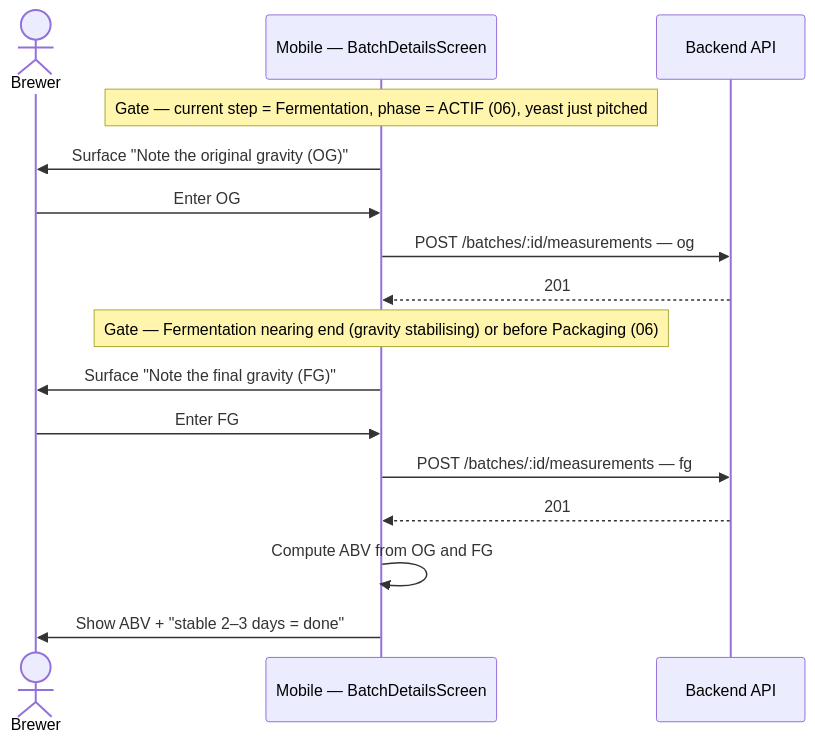
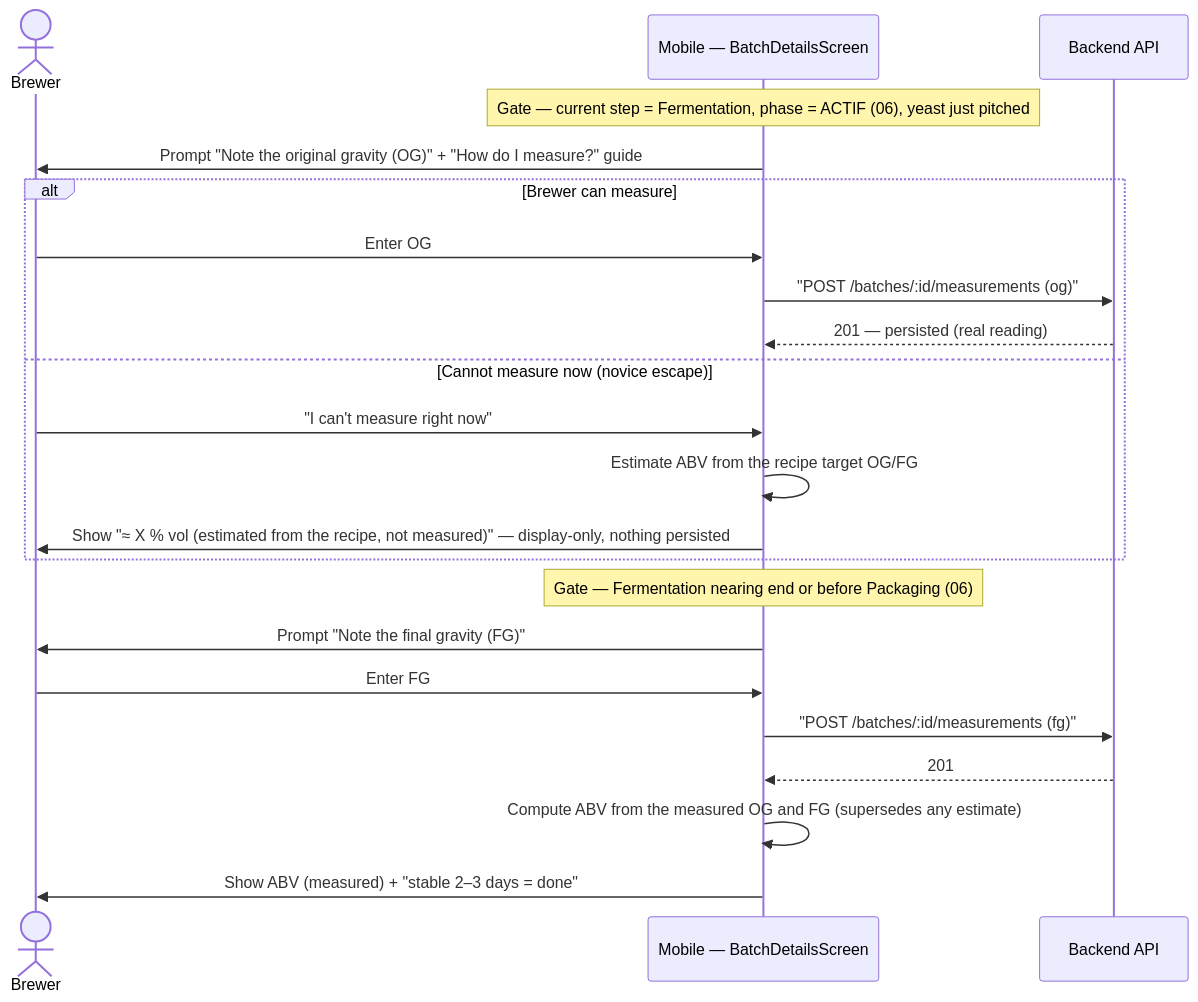
Before and after one commit to benoit-bremaud/brasse-bouillon: the diagram in docs/architecture/diagrams/brew-day/08-sequence-jit-density.md, drawn with Mermaid. The commit also changed other lines of this file and 4 other files, not shown here.

First line of the commit message:
feat(batches): gate density prompts to fermentation + novice estimate (F3) (#1291)

````diff
--- a/docs/architecture/diagrams/brew-day/08-sequence-jit-density.md
+++ b/docs/architecture/diagrams/brew-day/08-sequence-jit-density.md
@@ -19,20 +22,26 @@
 ```mermaid
 sequenceDiagram
   actor B as Brewer
   participant M as Mobile — BatchDetailsScreen
   participant API as Backend API
 
   Note over M: Gate — current step = Fermentation, phase = ACTIF (06), yeast just pitched
-  M->>B: Surface "Note the original gravity (OG)"
-  B->>M: Enter OG
-  M->>API: POST /batches/:id/measurements — og
+  M->>B: Prompt "Note the original gravity (OG)" + "How do I measure?" guide
+  alt Brewer can measure
+    B->>M: Enter OG
+    M->>API: "POST /batches/:id/measurements (og)"
+    API-->>M: 201 — persisted (real reading)
+  else Cannot measure now (novice escape)
+    B->>M: "I can't measure right now"
+    M->>M: Estimate ABV from the recipe target OG/FG
+    M->>B: Show "≈ X % vol (estimated from the recipe, not measured)" — display-only, nothing persisted
+  end
+
+  Note over M: Gate — Fermentation nearing end or before Packaging (06)
+  M->>B: Prompt "Note the final gravity (FG)"
+  B->>M: Enter FG
+  M->>API: "POST /batches/:id/measurements (fg)"
   API-->>M: 201
-
-  Note over M: Gate — Fermentation nearing end (gravity stabilising) or before Packaging (06)
-  M->>B: Surface "Note the final gravity (FG)"
-  B->>M: Enter FG
-  M->>API: POST /batches/:id/measurements — fg
-  API-->>M: 201
-  M->>M: Compute ABV from OG and FG
-  M->>B: Show ABV + "stable 2–3 days = done"
+  M->>M: Compute ABV from the measured OG and FG (supersedes any estimate)
+  M->>B: Show ABV (measured) + "stable 2–3 days = done"
 ```
````
